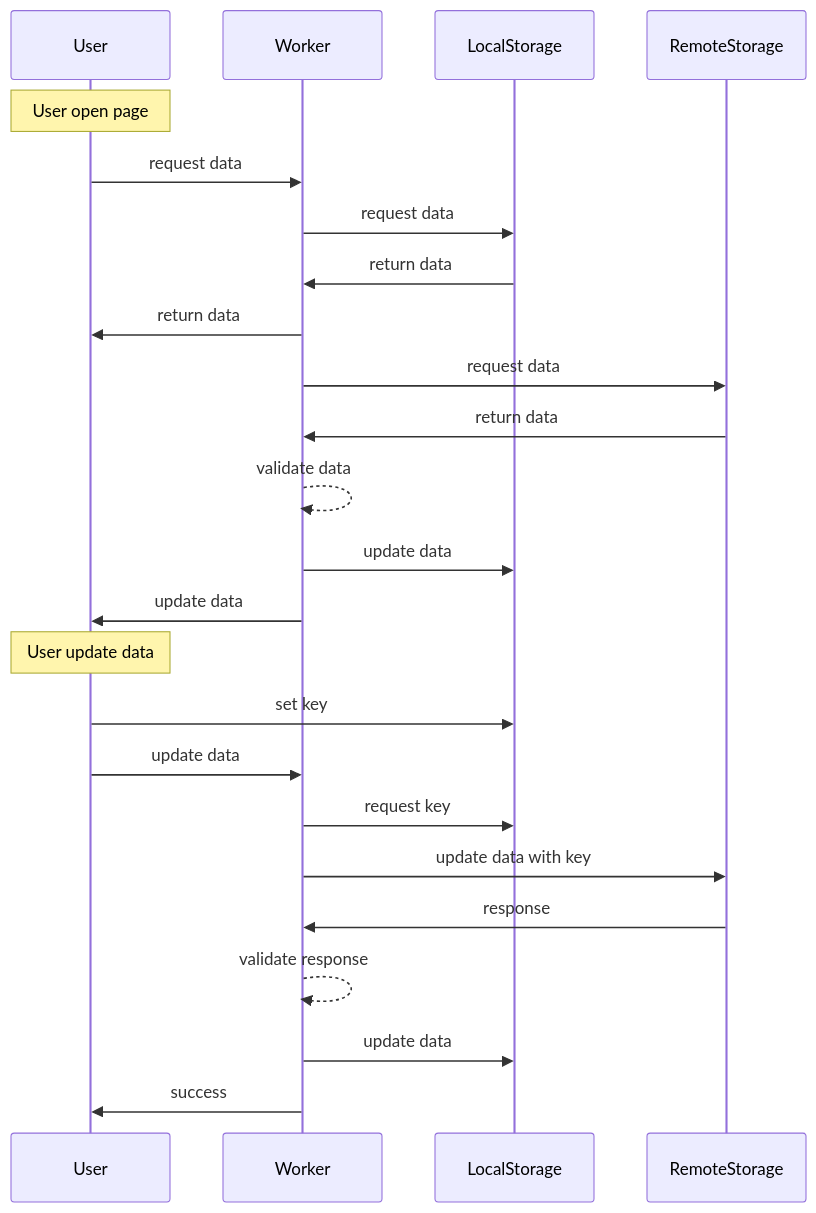
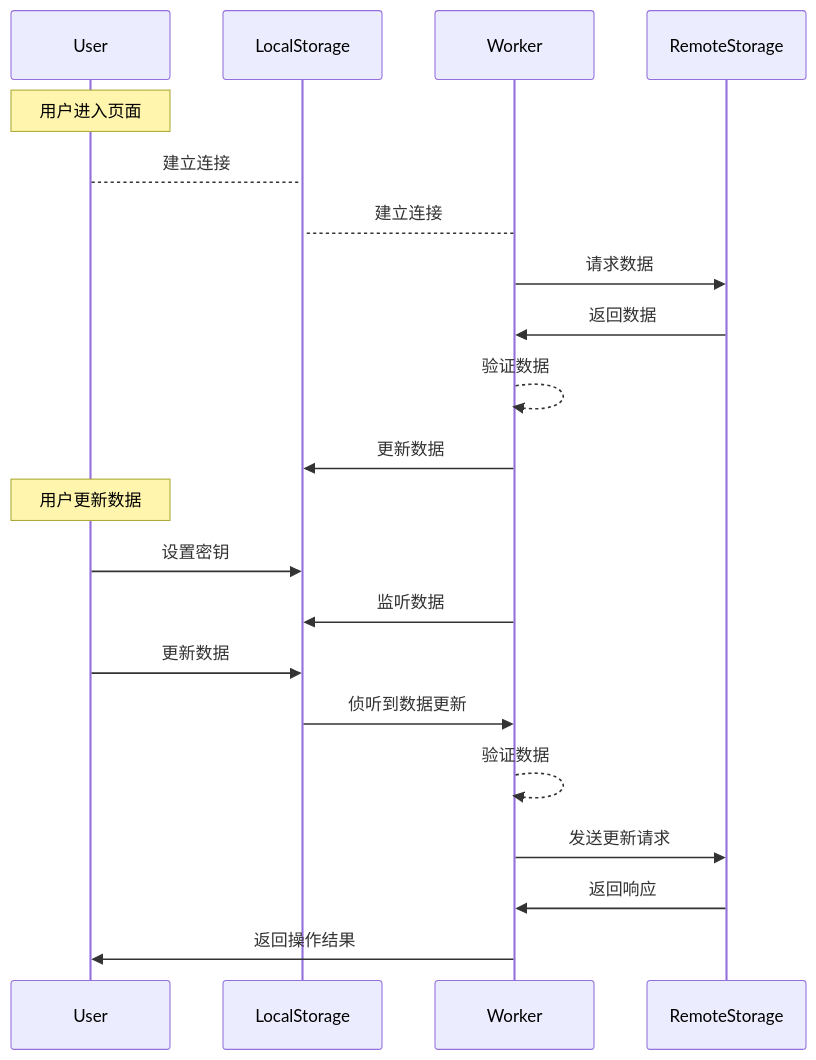
Before and after one commit to MoeyuaLabs/Hachi: the diagram in docs/mermaid.md, drawn with Mermaid. The commit also changed 5 other files, not shown here.

Commit message:
🦄 refactor: data flow

````diff
--- a/docs/mermaid.md
+++ b/docs/mermaid.md
@@ -1,30 +1,27 @@
 ```mermaid
 sequenceDiagram
     participant U as User
+    participant LS as LocalStorage
     participant W as Worker
-    participant LS as LocalStorage
     participant RS as RemoteStorage
 
-    Note over U: User open page
-    U->>W: request data
-    W->>LS: request data
-    LS->>W: return data
-    W->>U: return data
+    Note over U: 用户进入页面
+    U-->LS: 建立连接
+    W-->LS: 建立连接
 
-    W->>RS: request data
-    RS->>W: return data
-    W-->>W: validate data
-    W->>LS: update data
-    W->>U: update data
+    W->>RS: 请求数据
+    RS->>W: 返回数据
+    W-->>W: 验证数据
+    W->>LS: 更新数据
 
-    Note over U: User update data
-    U->>LS: set key
-    U->>W: update data
-    W->>LS: request key
-    W->>RS: update data with key
-    RS->>W: response
-    W-->>W: validate response
-    W->>LS: update data
-    W->>U: success
+    Note over U: 用户更新数据
+    U->>LS: 设置密钥
+    W->>LS: 监听数据
 
+    U->>LS: 更新数据
+    LS->>W: 侦听到数据更新
+    W-->>W: 验证数据
+    W->>RS: 发送更新请求
+    RS->>W: 返回响应
+    W->>U: 返回操作结果
 ```
````
